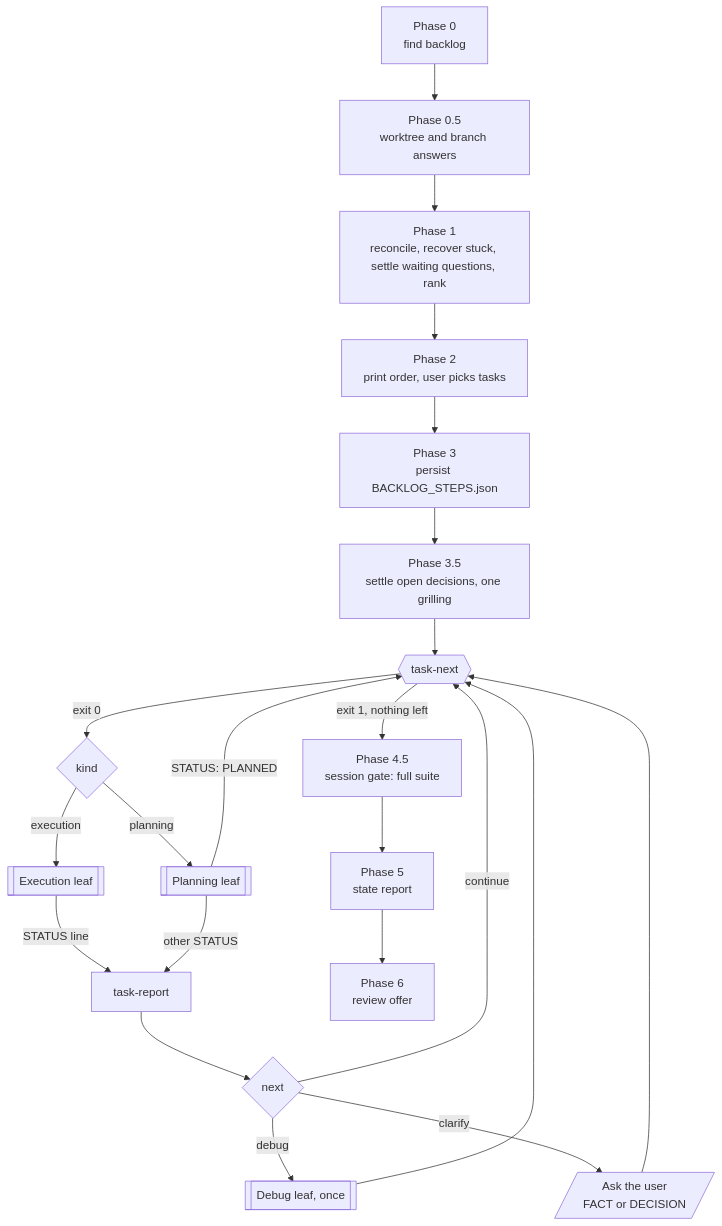
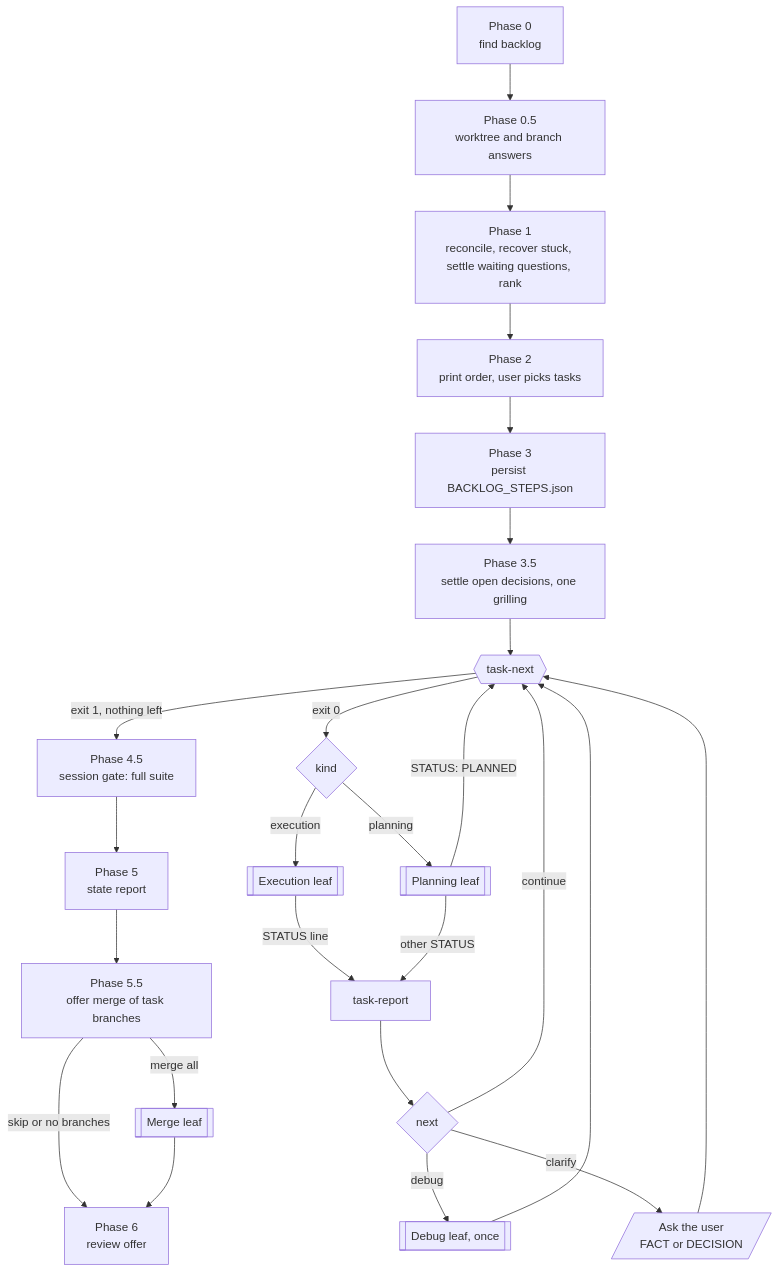
The diagram in docs/lifecycle/router-loop.mmd (shortcuts/radin), drawn with Mermaid before and after one commit. The commit also changed 11 other files, not shown here.

```diff
--- a/docs/lifecycle/router-loop.mmd
+++ b/docs/lifecycle/router-loop.mmd
@@ -1,22 +1,25 @@
 flowchart TD
   p0[Phase 0<br/>find backlog] --> p05[Phase 0.5<br/>worktree and branch answers]
   p05 --> p1[Phase 1<br/>reconcile, recover stuck, settle waiting questions, rank]
   p1 --> p2[Phase 2<br/>print order, user picks tasks]
   p2 --> p3[Phase 3<br/>persist BACKLOG_STEPS.json]
   p3 --> p35[Phase 3.5<br/>settle open decisions, one grilling]
   p35 --> next{{task-next}}
   next -- exit 1, nothing left --> p45[Phase 4.5<br/>session gate: full suite]
   next -- exit 0 --> kind{kind}
   kind -- planning --> leafP[[Planning leaf]]
   kind -- execution --> leafE[[Execution leaf]]
   leafP -- STATUS: PLANNED --> next
   leafE -- STATUS line --> report[task-report]
   leafP -- other STATUS --> report
   report --> route{next}
   route -- continue --> next
   route -- debug --> debug[[Debug leaf, once]]
   debug --> next
   route -- clarify --> user[/Ask the user<br/>FACT or DECISION/]
   user --> next
   p45 --> p5[Phase 5<br/>state report]
-  p5 --> p6[Phase 6<br/>review offer]
+  p5 --> p55[Phase 5.5<br/>offer merge of task branches]
+  p55 -- merge all --> leafM[[Merge leaf]]
+  p55 -- skip or no branches --> p6
+  leafM --> p6[Phase 6<br/>review offer]
```
